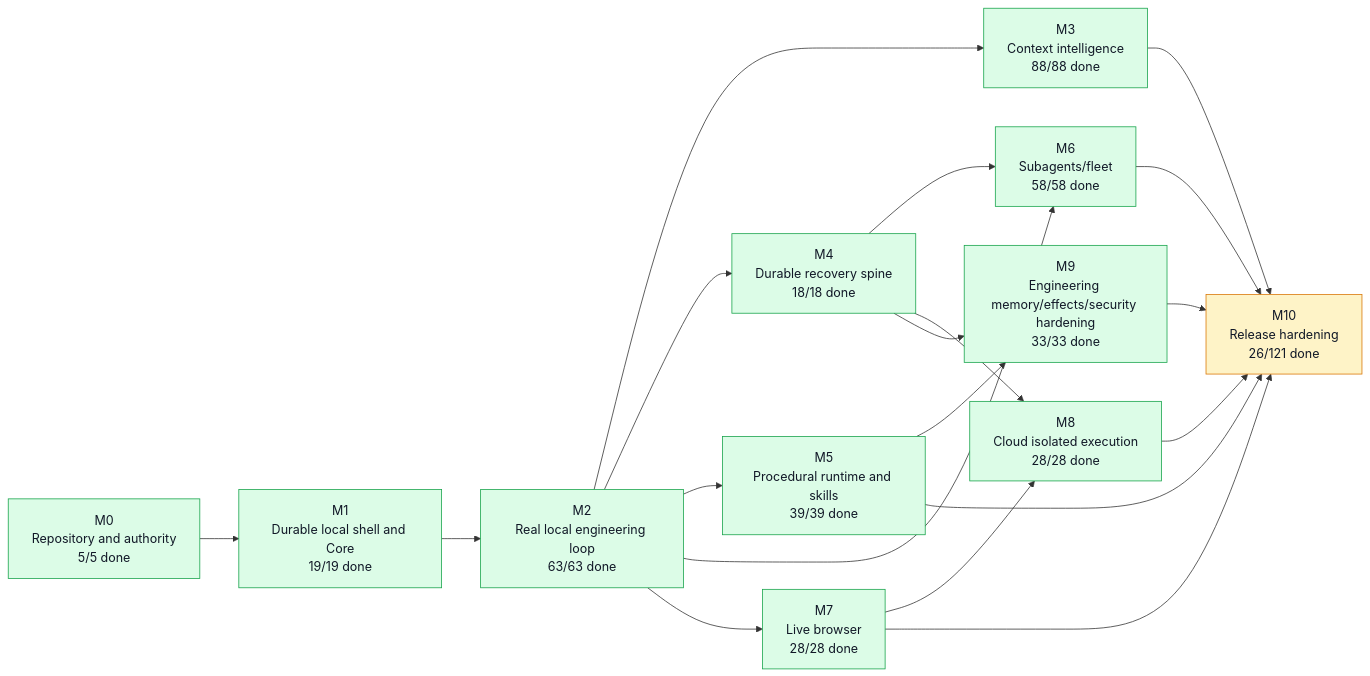
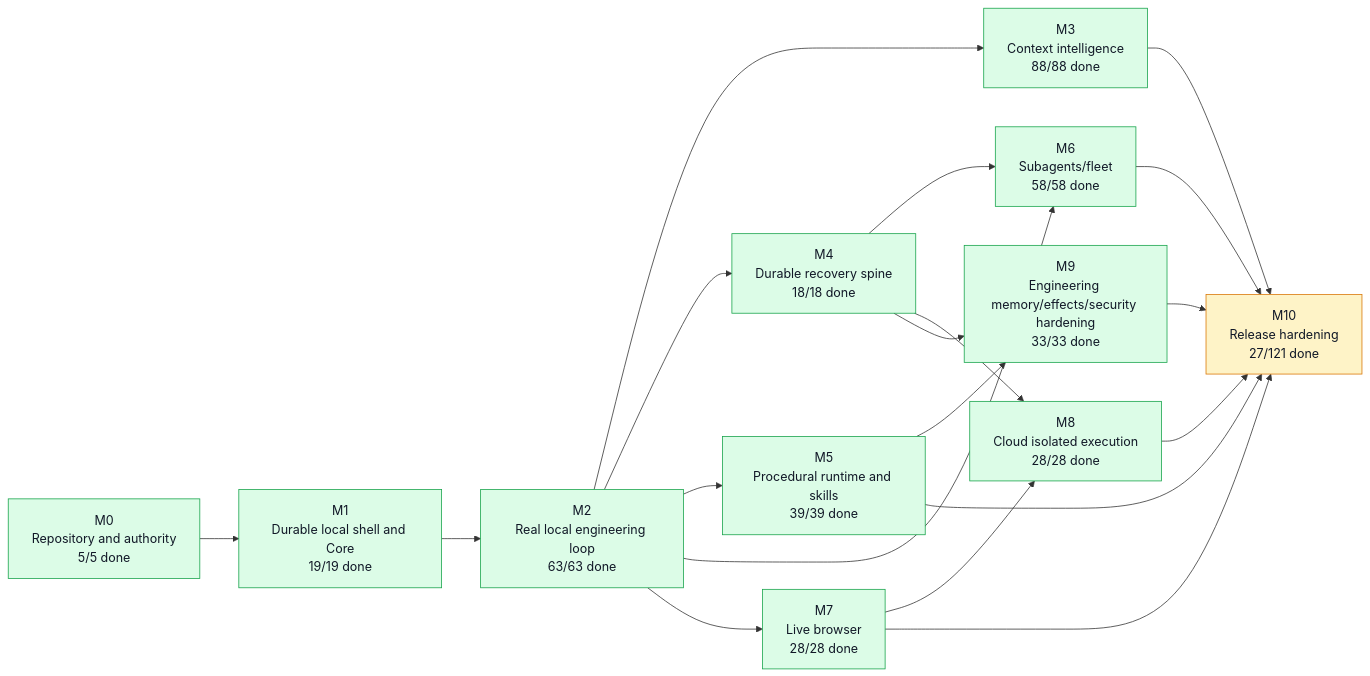
The first of 5 diagrams in graph/PROJECT_GRAPH.md (moss101/modbit), drawn with Mermaid before and after one commit. The commit also changed other lines of this file and 8 other files, not shown here.

First line of the commit message:
chore(graph): close PX-082 (Windows Core run, mutation check retained) (#128)

````diff
--- a/graph/PROJECT_GRAPH.md
+++ b/graph/PROJECT_GRAPH.md
@@ -57,43 +57,43 @@
 ```mermaid
 flowchart LR
   M0["M0<br/>Repository and authority<br/>5/5 done"]
   M1["M1<br/>Durable local shell and Core<br/>19/19 done"]
   M2["M2<br/>Real local engineering loop<br/>63/63 done"]
   M3["M3<br/>Context intelligence<br/>88/88 done"]
   M4["M4<br/>Durable recovery spine<br/>18/18 done"]
   M5["M5<br/>Procedural runtime and skills<br/>39/39 done"]
   M6["M6<br/>Subagents/fleet<br/>58/58 done"]
   M7["M7<br/>Live browser<br/>28/28 done"]
   M8["M8<br/>Cloud isolated execution<br/>28/28 done"]
   M9["M9<br/>Engineering memory/effects/security hardening<br/>33/33 done"]
-  M10["M10<br/>Release hardening<br/>26/121 done"]
+  M10["M10<br/>Release hardening<br/>27/121 done"]
   M0 --> M1
   M1 --> M2
   M2 --> M3
   M2 --> M4
   M2 --> M5
   M2 --> M6
   M4 --> M6
   M2 --> M7
   M4 --> M8
   M7 --> M8
   M4 --> M9
   M5 --> M9
   M3 --> M10
   M5 --> M10
   M6 --> M10
   M7 --> M10
   M8 --> M10
   M9 --> M10
   style M0 fill:#dcfce7,stroke:#16a34a,color:#111827
   style M1 fill:#dcfce7,stroke:#16a34a,color:#111827
   style M2 fill:#dcfce7,stroke:#16a34a,color:#111827
   style M3 fill:#dcfce7,stroke:#16a34a,color:#111827
   style M4 fill:#dcfce7,stroke:#16a34a,color:#111827
   style M5 fill:#dcfce7,stroke:#16a34a,color:#111827
   style M6 fill:#dcfce7,stroke:#16a34a,color:#111827
   style M7 fill:#dcfce7,stroke:#16a34a,color:#111827
   style M8 fill:#dcfce7,stroke:#16a34a,color:#111827
   style M9 fill:#dcfce7,stroke:#16a34a,color:#111827
   style M10 fill:#fef3c7,stroke:#d97706,color:#111827
 ```
````
